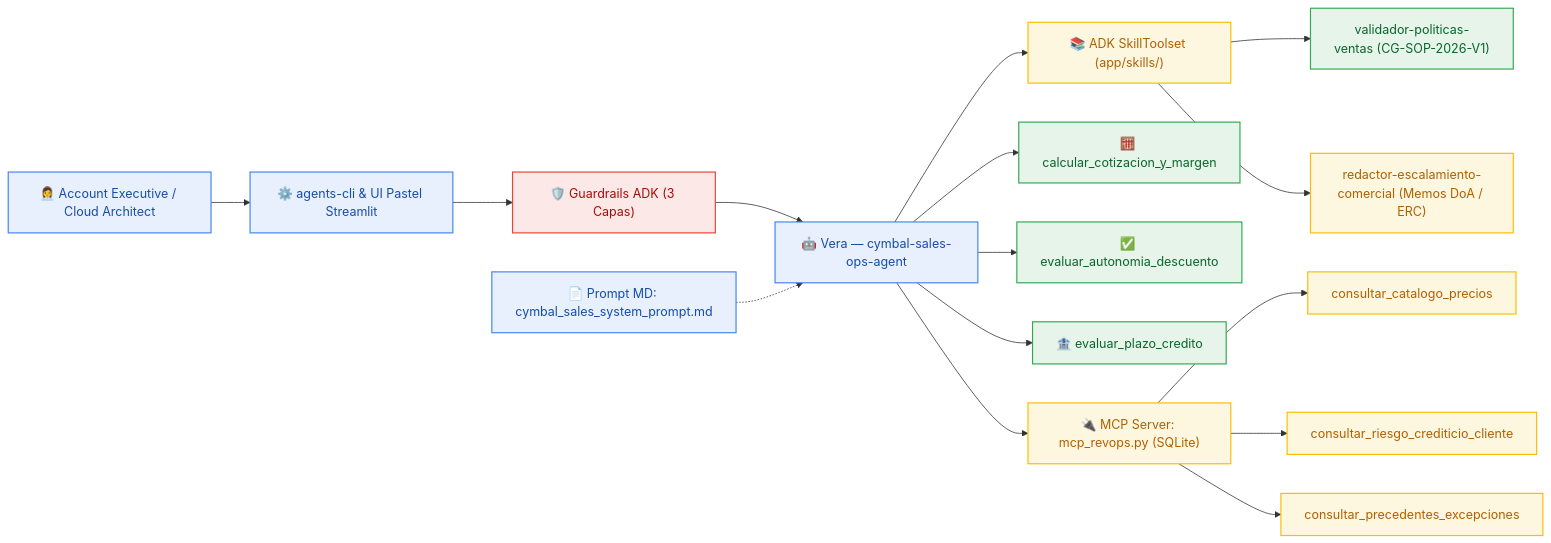
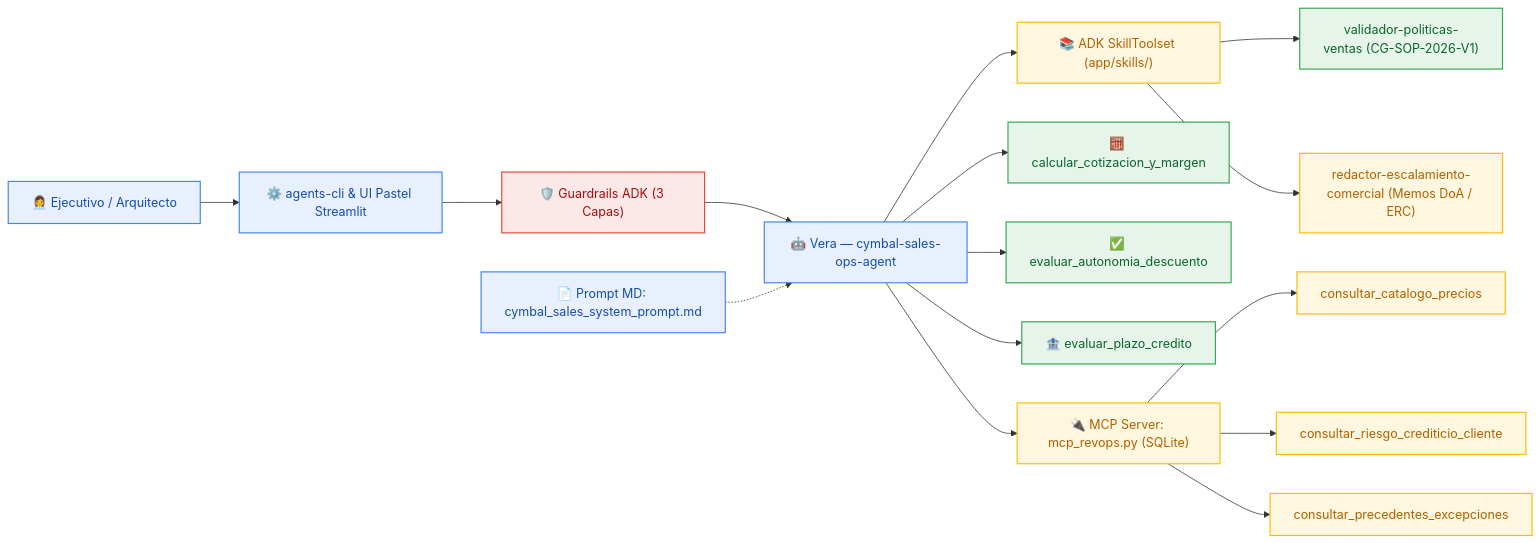
Before and after one commit to aquevedos/antigravity-example-latam: the second of 2 diagrams in README.md, drawn with Mermaid. The commit also changed other lines of this file and 17 other files, not shown here.

````diff
--- a/README.md
+++ b/README.md
@@ -25,30 +62,30 @@
 ```mermaid
 flowchart LR
-    U["👩‍💼 Account Executive / Cloud Architect"] --> CLI["⚙️ agents-cli & UI Pastel Streamlit"]
+    U["👩‍💼 Ejecutivo / Arquitecto"] --> CLI["⚙️ agents-cli & UI Pastel Streamlit"]
     CLI --> G["🛡️ Guardrails ADK (3 Capas)"]
     G --> AG["🤖 Vera — cymbal-sales-ops-agent"]
     P["📄 Prompt MD: cymbal_sales_system_prompt.md"] -.-> AG
 
     AG --> SK["📚 ADK SkillToolset (app/skills/)"]
     SK --> S1["validador-politicas-ventas (CG-SOP-2026-V1)"]
     SK --> S2["redactor-escalamiento-comercial (Memos DoA / ERC)"]
 
     AG --> T1["🧮 calcular_cotizacion_y_margen"]
     AG --> T2["✅ evaluar_autonomia_descuento"]
     AG --> T3["🏦 evaluar_plazo_credito"]
 
     AG --> MCP["🔌 MCP Server: mcp_revops.py (SQLite)"]
     MCP --> M1["consultar_catalogo_precios"]
     MCP --> M2["consultar_riesgo_crediticio_cliente"]
     MCP --> M3["consultar_precedentes_excepciones"]
 
     classDef bluePastel fill:#E8F0FE,stroke:#4285F4,stroke-width:1.5px,color:#174EA6;
     classDef greenPastel fill:#E6F4EA,stroke:#34A853,stroke-width:1.5px,color:#0D652D;
     classDef yellowPastel fill:#FEF7E0,stroke:#FBBC05,stroke-width:1.5px,color:#B06000;
     classDef redPastel fill:#FCE8E6,stroke:#EA4335,stroke-width:1.5px,color:#A50E0E;
 
     class U,CLI,AG,P bluePastel;
     class T1,T2,T3,S1 greenPastel;
     class SK,S2,MCP,M1,M2,M3 yellowPastel;
     class G redPastel;
 ```
````
